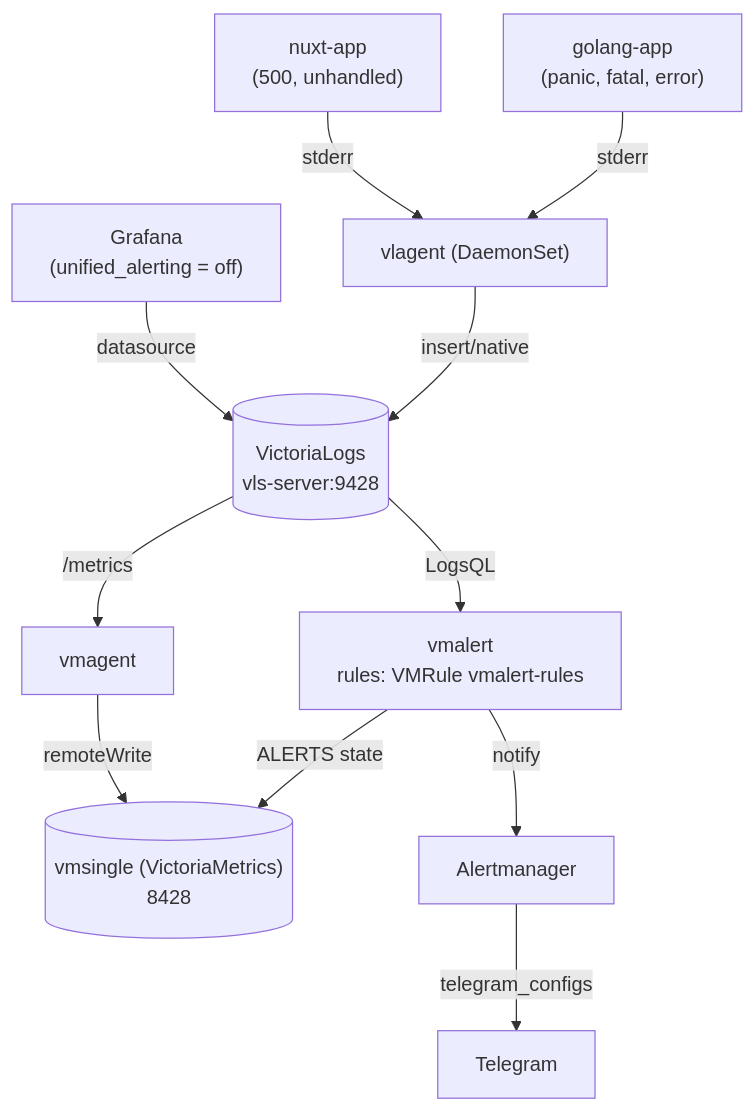
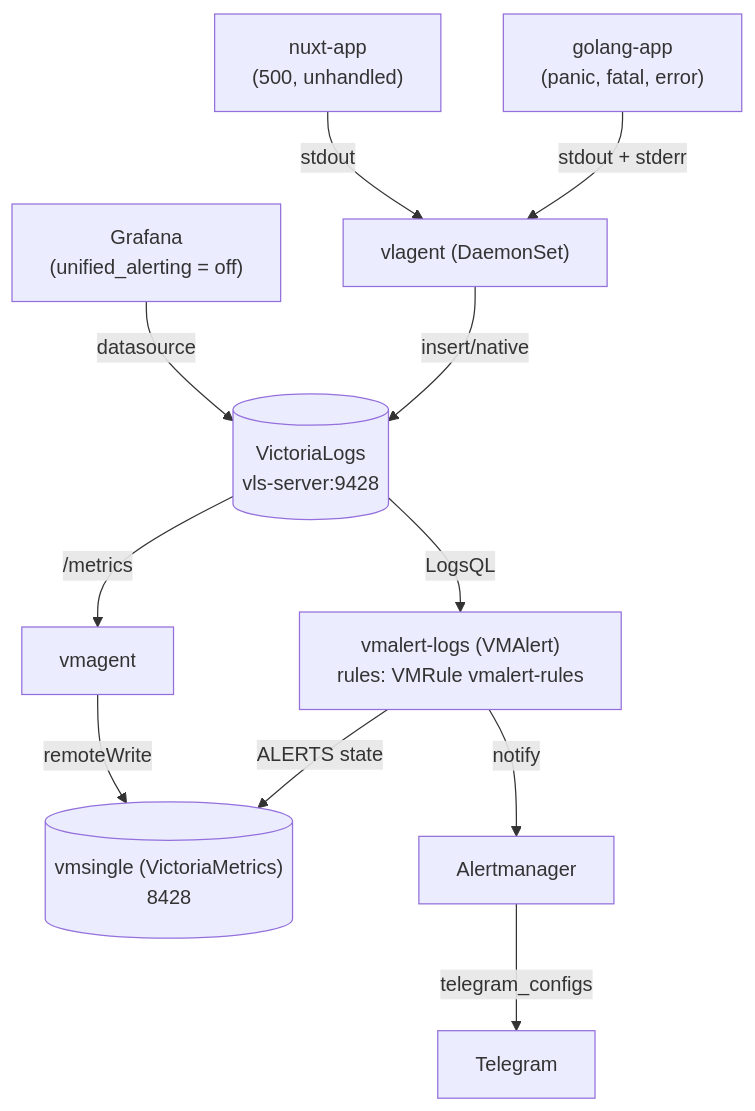
One commit to patsevanton/victorialogs-alerting-by-error-panic changed the diagram in README.md. Above: the diagram before and after it, drawn with Mermaid. The commit also changed other lines of this file and 1 other file, not shown here.

Commit message:
выделение отдельного vmalert-logs для LogsQL-правил

````diff
--- a/README.md
+++ b/README.md
@@ -19,16 +19,16 @@
 ```mermaid
 flowchart TD
-    Go["golang-app<br/>(panic, fatal, error)"] -->|stderr| Vlagent["vlagent (DaemonSet)"]
-    Nuxt["nuxt-app<br/>(500, unhandled)"] -->|stderr| Vlagent
+    Go["golang-app<br/>(panic, fatal, error)"] -->|stdout + stderr| Vlagent["vlagent (DaemonSet)"]
+    Nuxt["nuxt-app<br/>(500, unhandled)"] -->|stdout| Vlagent
     Vlagent -->|insert/native| VL[("VictoriaLogs<br/>vls-server:9428")]
 
-    VL -->|LogsQL| VMA["vmalert<br/>rules: VMRule vmalert-rules"]
+    VL -->|LogsQL| VMA["vmalert-logs (VMAlert)<br/>rules: VMRule vmalert-rules"]
     VMA -->|ALERTS state| VMSingle[("vmsingle (VictoriaMetrics)<br/>8428")]
     VMA -->|notify| AM["Alertmanager"]
     AM -->|telegram_configs| TG["Telegram"]
 
     Grafana["Grafana<br/>(unified_alerting = off)"] -->|datasource| VL
 
     VL -->|/metrics| VMAgent["vmagent"]
     VMAgent -->|remoteWrite| VMSingle
 ```
````
